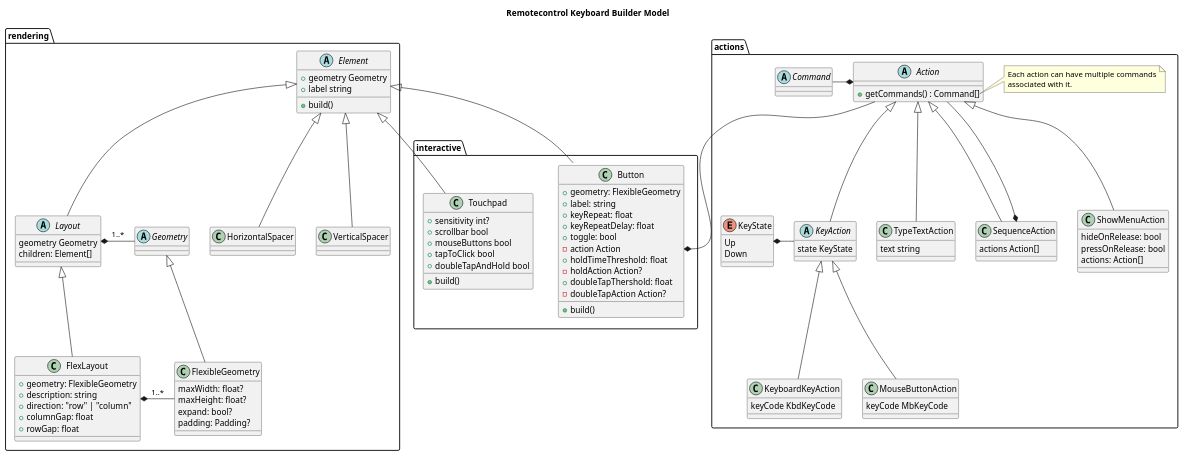
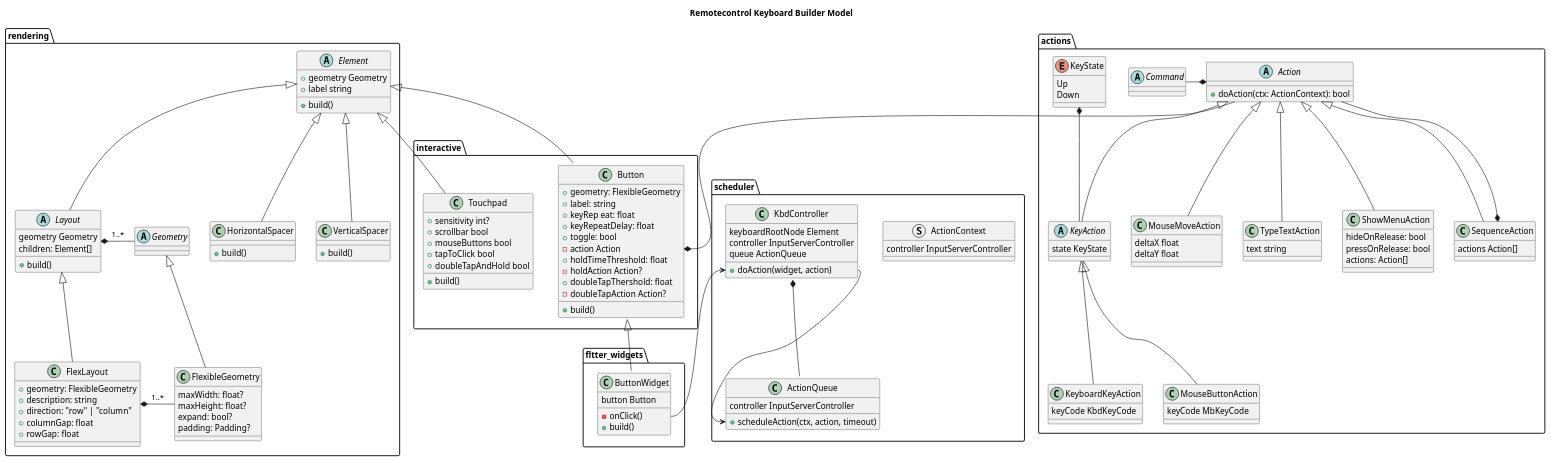
The diagram in architecture/model.puml (falleng0d/remoteinputserver), drawn with PlantUML before and after one commit. The commit also changed other lines of this file and 1 other file, not shown here.

```diff
--- a/architecture/model.puml
+++ b/architecture/model.puml
@@ -51,145 +1,193 @@
 @startuml
 
 title Remotecontrol Keyboard Builder Model
 'The aim of this model is make it possible build a serializable keyboard layout
 'The keyboad layout is a tree of keys and layout elements
 'Some key types are:
 ' - KeyboardKey: a key that sends a keyboard key key code
 ' - MouseKey: a key that sends a mouse key key code
 ' - MouseMoveKey: a key that sends a mouse move key code and move delta
 ' - KeySequence: a key composed of other keys
 'Some layout elements are:
 ' - HorizontalSpacer
 ' - VerticalSpacer
 ' -
 'Serializable hierarchical
 
 package rendering {
 	abstract class Geometry {}
 	'element is a displayable control that can be added to a container
+	'it should be possible to build a element into a renderable widget
   abstract class Element {
   	+geometry Geometry
   	+label string
 
   	+build()
   }
 	abstract class Layout {
 		geometry Geometry
 		children: Element[]
+
+		+build()
 	}
 
 	class FlexibleGeometry {
 		maxWidth: float?
     maxHeight: float?
     expand: bool?
     padding: Padding?
 	}
 
 	class FlexLayout {
 		+geometry: FlexibleGeometry
 		+description: string
     +direction: "row" | "column"
     +columnGap: float
     +rowGap: float
 	}
 
-	class HorizontalSpacer {}
-	class VerticalSpacer {}
+	class HorizontalSpacer {
+		+build()
+	}
+	class VerticalSpacer {
+		+build()
+	}
 
 	'Relationships
 	Element <|-- Layout
 	Layout <|-- FlexLayout
 	Layout *- Geometry : "1..*"
 	Geometry <|-- FlexibleGeometry
 	FlexLayout *- FlexibleGeometry : "1..*"
 	Element <|-- HorizontalSpacer
 	Element <|-- VerticalSpacer
 }
 
 package actions {
 	'action is the base class for all actions
 	abstract class Command {}
 
 	abstract class Action {
-		+getCommands() : Command[]
+		+doAction(ctx: ActionContext): bool
 	}
 	note right of Action::getCommands
 		Each action can have multiple commands
 		associated with it.
 	end note
 
 	class SequenceAction {
 		actions Action[]
 	}
 
 	enum KeyState {
 		Up
 		Down
 	}
 
 	abstract class KeyAction {
 		state KeyState
 	}
 
 	class KeyboardKeyAction {
 		keyCode KbdKeyCode
 	}
 
 	class MouseButtonAction {
 		keyCode MbKeyCode
 	}
 
+	class MouseMoveAction {
+		deltaX float
+		deltaY float
+	}
+
 	class TypeTextAction {
   	text string
   }
 
   class ShowMenuAction {
     hideOnRelease: bool
     pressOnRelease: bool
     actions: Action[]
   }
 
   Action <|-- TypeTextAction
   Action <|-- SequenceAction
   Action <|-- ShowMenuAction
   Command -* Action
   Action --* SequenceAction
   Action <|-- KeyAction
   KeyAction <|-- KeyboardKeyAction
   KeyAction <|-- MouseButtonAction
-	KeyState *- KeyAction
+	KeyState *-- KeyAction
+	Action <|-- MouseMoveAction
 }
 
 package interactive {
 	class Button {
 		+geometry: FlexibleGeometry
 		+label: string
-		+keyRepeat: float
+		+keyRep eat: float
 	  +keyRepeatDelay: float
 	  +toggle: bool
 	  -action Action
 		+holdTimeThreshold: float
 	  -holdAction Action?
 	  +doubleTapThershold: float
 	  -doubleTapAction Action?
 
 		+build()
 	}
 	class Touchpad {
 		+sensitivity int?
 		+scrollbar bool
 		+mouseButtons bool
 		+tapToClick bool
 		+doubleTapAndHold bool
 
 		+build()
 	}
 
 
 	'Relationships
 	Action --* Button::action
 	Element <|-- Button
 	Element <|-- Touchpad
 }
 
+package fltter_widgets {
+	class ButtonWidget {
+		button Button
+
+		-onClick()
+		+build()
+	}
+
+	Button <|-- ButtonWidget
+}
+
+package scheduler {
+	struct ActionContext {
+		controller InputServerController
+	}
+
+	class KbdController {
+		keyboardRootNode Element
+		controller InputServerController
+		queue ActionQueue
+
+		+doAction(widget, action)
+	}
+
+	class ActionQueue {
+		controller InputServerController
+
+		+scheduleAction(ctx, action, timeout)
+	}
+
+	KbdController *-- ActionQueue
+	KbdController::doAction <-- ButtonWidget::onClick
+	KbdController::doAction --> ActionQueue::scheduleAction
+}
+
 @enduml
```
